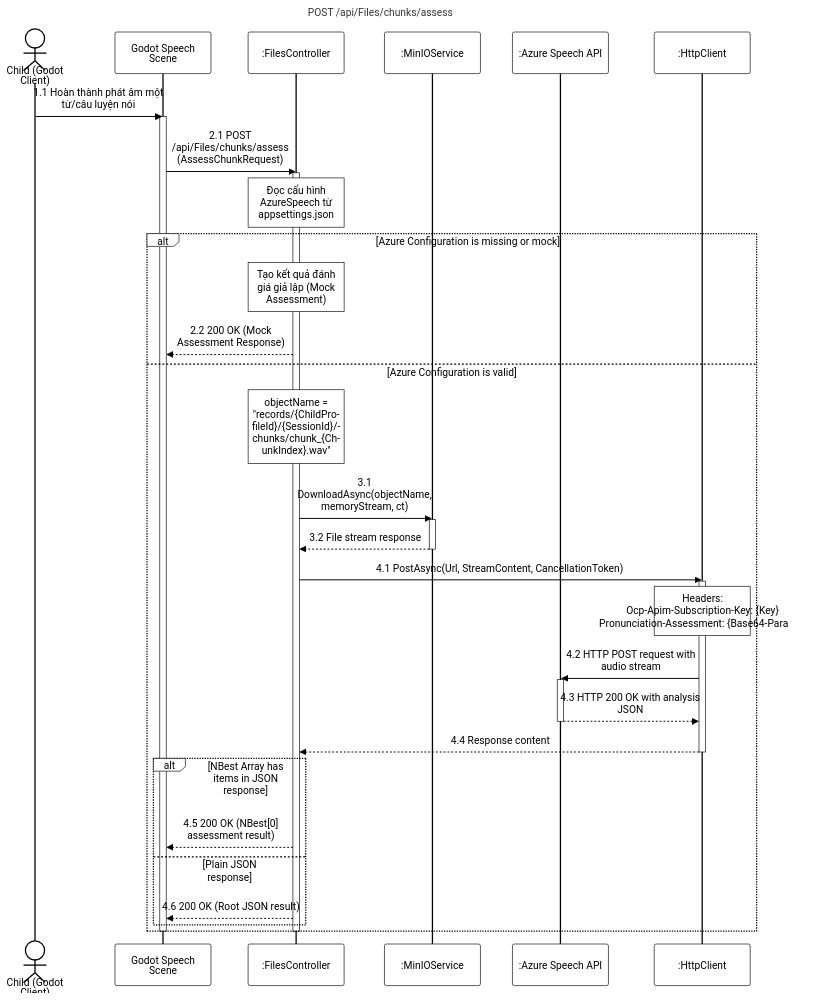
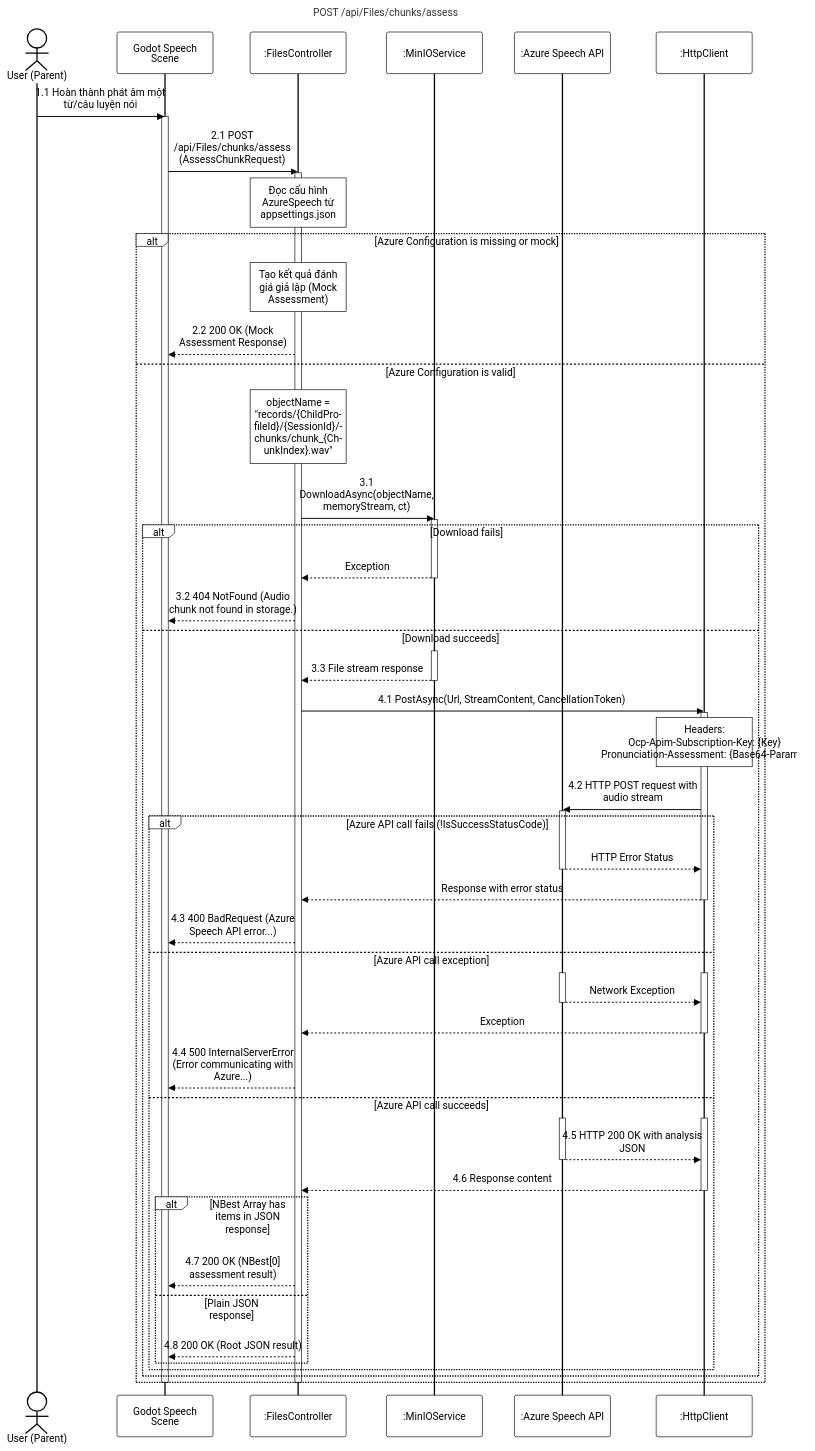
The diagram in 07-results-performance-analysis/sequence-diagram/apis/assess-speech-chunk.mmd (PhucAnDev/docx-diagram), drawn with Mermaid before and after one commit. The commit also changed 1 other file, not shown here.

Commit message:
fix: update assess-speech-chunk.mmd with correct actor, exception handling for storage/Azure API, and activations

```diff
--- a/07-results-performance-analysis/sequence-diagram/apis/assess-speech-chunk.mmd
+++ b/07-results-performance-analysis/sequence-diagram/apis/assess-speech-chunk.mmd
@@ -1,47 +1,74 @@
 %%{init: {'theme':'base', 'themeVariables': {'actorBkg':'#ffffff','actorBorder':'#000000','actorTextColor':'#000000','actorLineColor':'#000000','signalColor':'#000000','signalTextColor':'#000000','labelBoxBkgColor':'#ffffff','labelBoxBorderColor':'#000000','labelTextColor':'#000000','loopTextColor':'#000000','noteBkgColor':'#ffffff','noteBorderColor':'#000000','noteTextColor':'#000000','activationBorderColor':'#000000','activationBkgColor':'#ffffff','sequenceNumberColor':'#000000'}, 'sequence': {'width':150,'height':65,'actorFontSize':16,'messageFontSize':16,'wrap':true,'wrapPadding':10}}}%%
 sequenceDiagram
     title POST /api/Files/chunks/assess
-    actor Child as Child (Godot Client)
+    actor User as User (Parent)
     participant UI as Godot Speech Scene
     participant Endpoint as :FilesController
     participant Storage as :MinIOService
     participant Azure as :Azure Speech API
     participant HttpClient as :HttpClient
 
-    Child->>UI: 1.1 Hoàn thành phát âm một từ/câu luyện nói
+    User->>UI: 1.1 Hoàn thành phát âm một từ/câu luyện nói
     activate UI
     UI->>Endpoint: 2.1 POST /api/Files/chunks/assess (AssessChunkRequest)
     activate Endpoint
 
     note over Endpoint: Đọc cấu hình AzureSpeech từ appsettings.json
     
     alt Azure Configuration is missing or mock
         note over Endpoint: Tạo kết quả đánh giá giả lập (Mock Assessment)
         Endpoint-->>UI: 2.2 200 OK (Mock Assessment Response)
     else Azure Configuration is valid
         note over Endpoint: objectName = "records/{ChildProfileId}/{SessionId}/chunks/chunk_{ChunkIndex}.wav"
         
         Endpoint->>Storage: 3.1 DownloadAsync(objectName, memoryStream, ct)
         activate Storage
-        Storage-->>Endpoint: 3.2 File stream response
-        deactivate Storage
+        
+        alt Download fails
+            Storage-->>Endpoint: Exception
+            deactivate Storage
+            Endpoint-->>UI: 3.2 404 NotFound (Audio chunk not found in storage.)
+        else Download succeeds
+            activate Storage
+            Storage-->>Endpoint: 3.3 File stream response
+            deactivate Storage
 
-        Endpoint->>HttpClient: 4.1 PostAsync(Url, StreamContent, CancellationToken)
-        activate HttpClient
-        note over HttpClient: Headers:<br/>Ocp-Apim-Subscription-Key: {Key}<br/>Pronunciation-Assessment: {Base64-Params}
-        
-        HttpClient->>Azure: 4.2 HTTP POST request with audio stream
-        activate Azure
-        Azure-->>HttpClient: 4.3 HTTP 200 OK with analysis JSON
-        deactivate Azure
-        HttpClient-->>Endpoint: 4.4 Response content
-        deactivate HttpClient
+            Endpoint->>HttpClient: 4.1 PostAsync(Url, StreamContent, CancellationToken)
+            activate HttpClient
+            note over HttpClient: Headers:<br/>Ocp-Apim-Subscription-Key: {Key}<br/>Pronunciation-Assessment: {Base64-Params}
+            
+            HttpClient->>Azure: 4.2 HTTP POST request with audio stream
+            activate Azure
+            
+            alt Azure API call fails (!IsSuccessStatusCode)
+                Azure-->>HttpClient: HTTP Error Status
+                deactivate Azure
+                HttpClient-->>Endpoint: Response with error status
+                deactivate HttpClient
+                Endpoint-->>UI: 4.3 400 BadRequest (Azure Speech API error...)
+            else Azure API call exception
+                activate HttpClient
+                activate Azure
+                Azure-->>HttpClient: Network Exception
+                deactivate Azure
+                HttpClient-->>Endpoint: Exception
+                deactivate HttpClient
+                Endpoint-->>UI: 4.4 500 InternalServerError (Error communicating with Azure...)
+            else Azure API call succeeds
+                activate HttpClient
+                activate Azure
+                Azure-->>HttpClient: 4.5 HTTP 200 OK with analysis JSON
+                deactivate Azure
+                HttpClient-->>Endpoint: 4.6 Response content
+                deactivate HttpClient
 
-        alt NBest Array has items in JSON response
-            Endpoint-->>UI: 4.5 200 OK (NBest[0] assessment result)
-        else Plain JSON response
-            Endpoint-->>UI: 4.6 200 OK (Root JSON result)
+                alt NBest Array has items in JSON response
+                    Endpoint-->>UI: 4.7 200 OK (NBest[0] assessment result)
+                else Plain JSON response
+                    Endpoint-->>UI: 4.8 200 OK (Root JSON result)
+                end
+            end
         end
     end
     deactivate Endpoint
     deactivate UI
```
